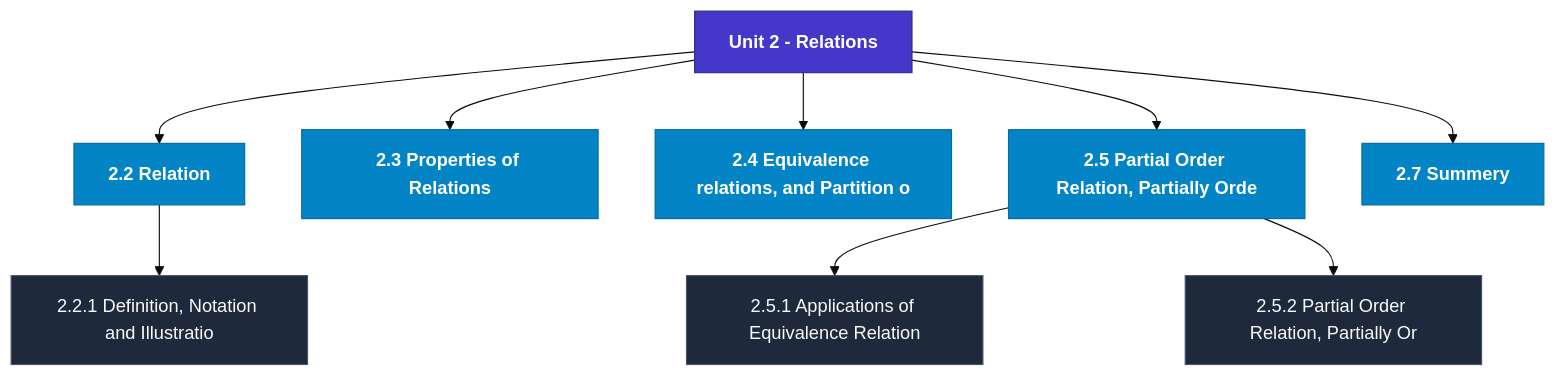
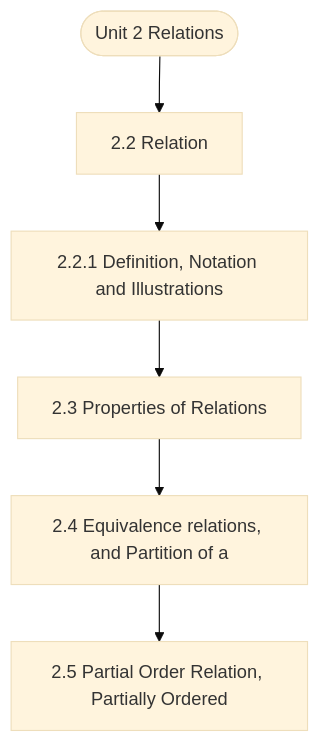
Before and after one commit to Asutosh-Coaching/mscdsa: the diagram in notes/Semester_1/MCS-061_Mathematical_Foundations_-_I/unit_02_Relations.md, drawn with Mermaid (base theme). The commit also changed other lines of this file and 115 other files, not shown here.

Commit message:
Fix Mermaid layout for mobile, isolate LaTeX delimiters, and add GitHub Pages reader

````diff
--- a/notes/Semester_1/MCS-061_Mathematical_Foundations_-_I/unit_02_Relations.md
+++ b/notes/Semester_1/MCS-061_Mathematical_Foundations_-_I/unit_02_Relations.md
@@ -19,25 +19,14 @@
 ```mermaid
 flowchart TD
-  %% Styling Definitions
-  classDef head fill:#4338ca,stroke:#312e81,color:#ffffff,font-weight:bold;
-  classDef topic fill:#0284c7,stroke:#0369a1,color:#ffffff,font-weight:600;
-  classDef sub fill:#1e293b,stroke:#475569,color:#f8fafc;
-
-  Root["Unit 2 - Relations"]:::head
-  M1["2.2 Relation"]:::topic
-  Root --> M1
-  M1_1["2.2.1 Definition, Notation and Illustratio"]:::sub
-  M1 --> M1_1
-  M2["2.3 Properties of Relations"]:::topic
-  Root --> M2
-  M3["2.4 Equivalence relations, and Partition o"]:::topic
-  Root --> M3
-  M4["2.5 Partial Order Relation, Partially Orde"]:::topic
-  Root --> M4
-  M4_1["2.5.1 Applications of Equivalence Relation"]:::sub
-  M4 --> M4_1
-  M4_2["2.5.2 Partial Order Relation, Partially Or"]:::sub
-  M4 --> M4_2
-  M5["2.7 Summery"]:::topic
-  Root --> M5
+  Start(["Unit 2 Relations"])
+  N1["2.2 Relation"]
+  N2["2.2.1 Definition, Notation and Illustrations"]
+  N3["2.3 Properties of Relations"]
+  N4["2.4 Equivalence relations, and Partition of a "]
+  N5["2.5 Partial Order Relation, Partially Ordered "]
+  Start --> N1
+  N1 --> N2
+  N2 --> N3
+  N3 --> N4
+  N4 --> N5
 ```
````
